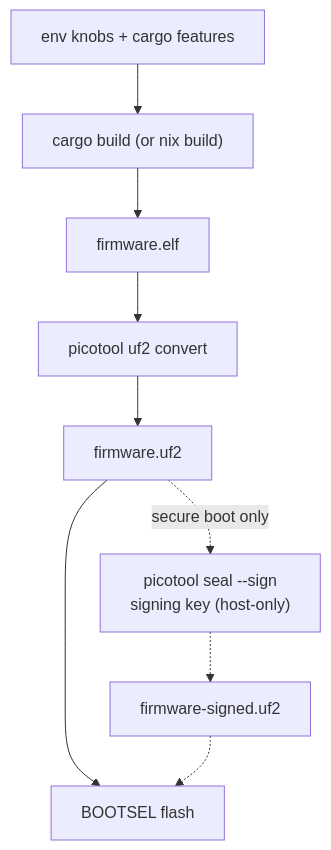
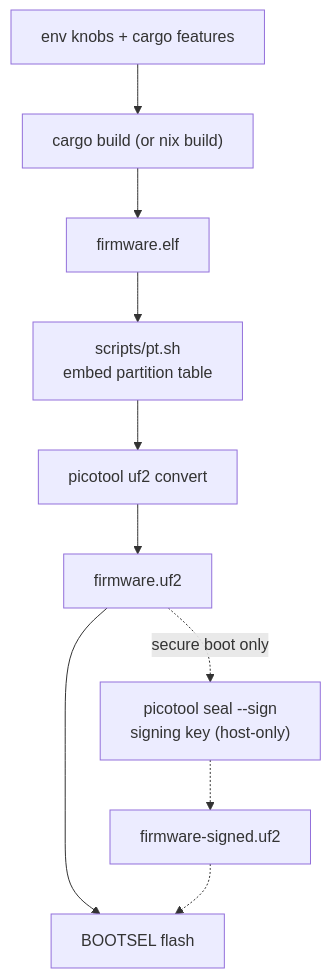
The first of 2 diagrams in docs/build.md (TheMaxMur/RS-Key), drawn with Mermaid before and after one commit. The commit also changed other lines of this file and 14 other files, not shown here.

````diff
--- a/docs/build.md
+++ b/docs/build.md
@@ -13,11 +18,12 @@
 ```mermaid
 flowchart TD
     knobs["env knobs + cargo features"] --> build["cargo build (or nix build)"]
     build --> elf["firmware.elf"]
-    elf --> conv["picotool uf2 convert"]
+    elf --> pt["scripts/pt.sh<br/>embed partition table"]
+    pt --> conv["picotool uf2 convert"]
     conv --> uf2["firmware.uf2"]
     uf2 --> flash["BOOTSEL flash"]
     uf2 -. "secure boot only" .-> seal["picotool seal --sign<br/>signing key (host-only)"]
     seal -.-> signed["firmware-signed.uf2"]
     signed -.-> flash
 ```
````
